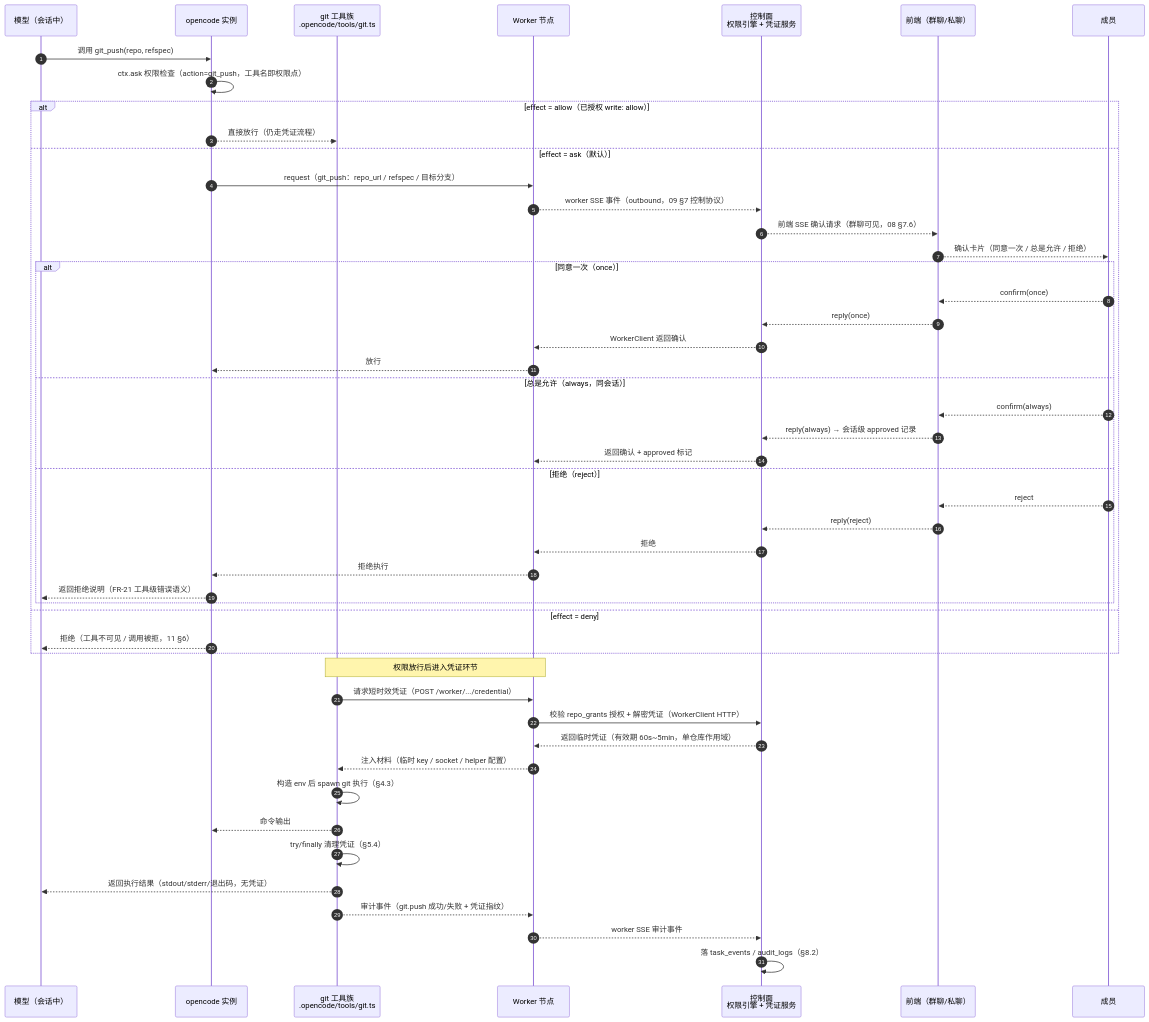
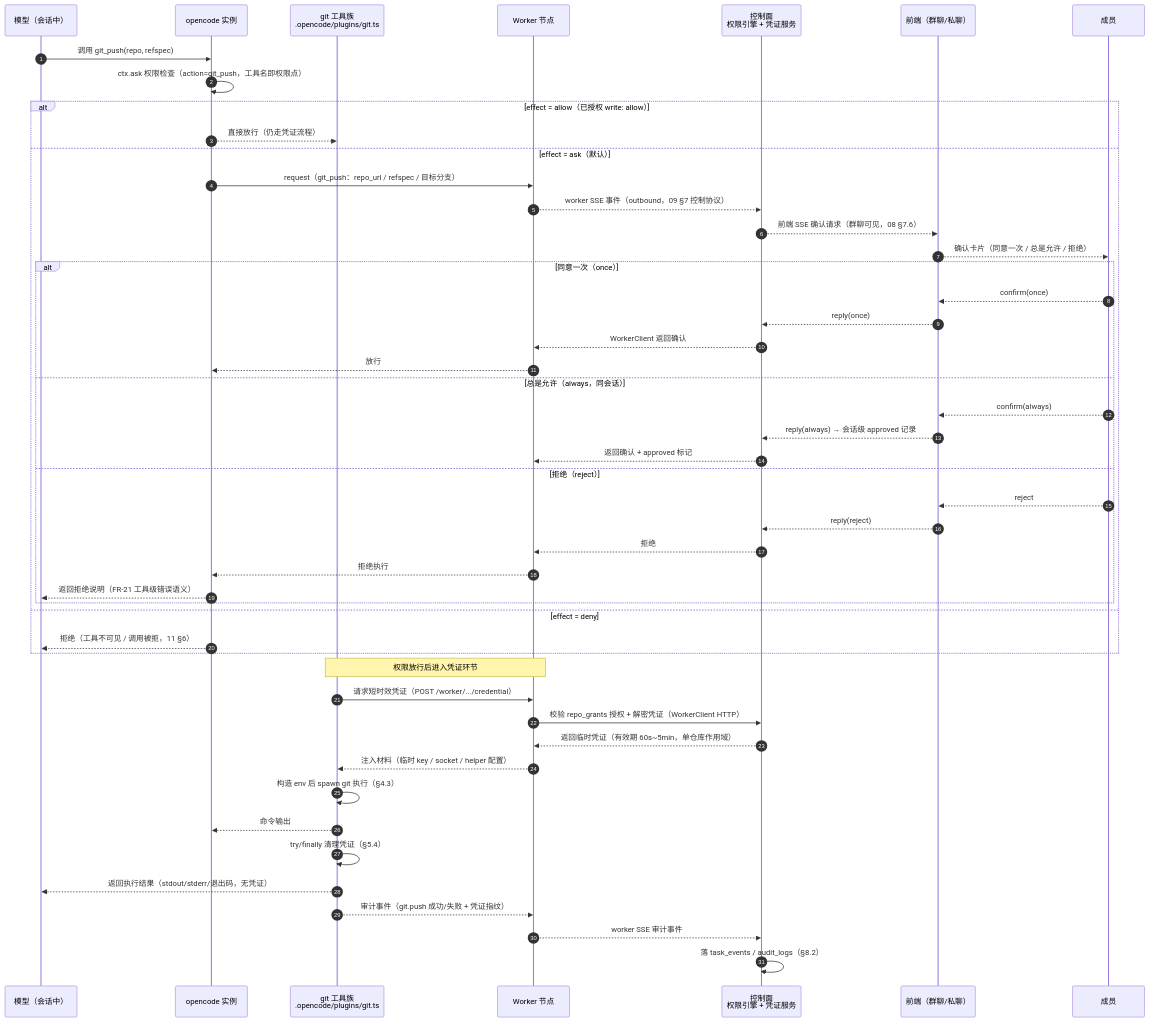
One commit to guolong123/vteam changed the third of 4 diagrams in docs/agent-platform/17-仓库权限与凭证机制.md. Above: the diagram before and after it, drawn with Mermaid. The commit also changed other lines of this file and 201 other files, not shown here.

````diff
--- a/docs/agent-platform/17-仓库权限与凭证机制.md
+++ b/docs/agent-platform/17-仓库权限与凭证机制.md
@@ -226,53 +228,53 @@
 ```mermaid
 sequenceDiagram
     autonumber
     participant M as 模型（会话中）
     participant O as opencode 实例
-    participant GT as git 工具族<br/>.opencode/tools/git.ts
+    participant GT as git 工具族<br/>.opencode/plugins/git.ts
     participant W as Worker 节点
     participant CP as 控制面<br/>权限引擎 + 凭证服务
     participant FE as 前端（群聊/私聊）
     participant U as 成员
 
     M->>O: 调用 git_push(repo, refspec)
     O->>O: ctx.ask 权限检查（action=git_push，工具名即权限点）
     alt effect = allow（已授权 write: allow）
         O-->>GT: 直接放行（仍走凭证流程）
     else effect = ask（默认）
         O->>W: request（git_push：repo_url / refspec / 目标分支）
         W-->>CP: worker SSE 事件（outbound，09 §7 控制协议）
         CP-->>FE: 前端 SSE 确认请求（群聊可见，08 §7.6）
         FE-->>U: 确认卡片（同意一次 / 总是允许 / 拒绝）
         alt 同意一次（once）
             U-->>FE: confirm(once)
             FE-->>CP: reply(once)
             CP-->>W: WorkerClient 返回确认
             W-->>O: 放行
         else 总是允许（always，同会话）
             U-->>FE: confirm(always)
             FE-->>CP: reply(always) → 会话级 approved 记录
             CP-->>W: 返回确认 + approved 标记
         else 拒绝（reject）
             U-->>FE: reject
             FE-->>CP: reply(reject)
             CP-->>W: 拒绝
             W-->>O: 拒绝执行
             O-->>M: 返回拒绝说明（FR-21 工具级错误语义）
         end
     else effect = deny
         O-->>M: 拒绝（工具不可见 / 调用被拒，11 §6）
     end
 
     Note over GT,W: 权限放行后进入凭证环节
     GT->>W: 请求短时效凭证（POST /worker/.../credential）
     W->>CP: 校验 repo_grants 授权 + 解密凭证（WorkerClient HTTP）
     CP-->>W: 返回临时凭证（有效期 60s~5min，单仓库作用域）
     W-->>GT: 注入材料（临时 key / socket / helper 配置）
     GT->>GT: 构造 env 后 spawn git 执行（§4.3）
     GT-->>O: 命令输出
     GT->>GT: try/finally 清理凭证（§5.4）
     GT-->>M: 返回执行结果（stdout/stderr/退出码，无凭证）
     GT-->>W: 审计事件（git.push 成功/失败 + 凭证指纹）
     W-->>CP: worker SSE 审计事件
     CP->>CP: 落 task_events / audit_logs（§8.2）
 ```
````
